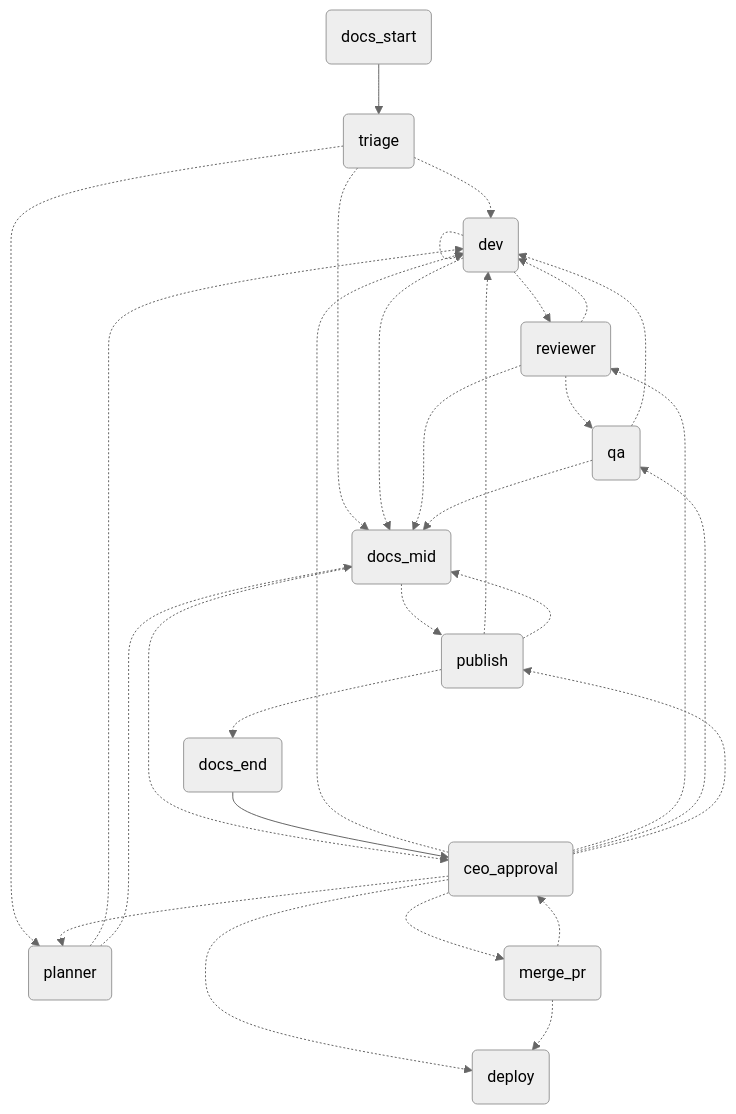
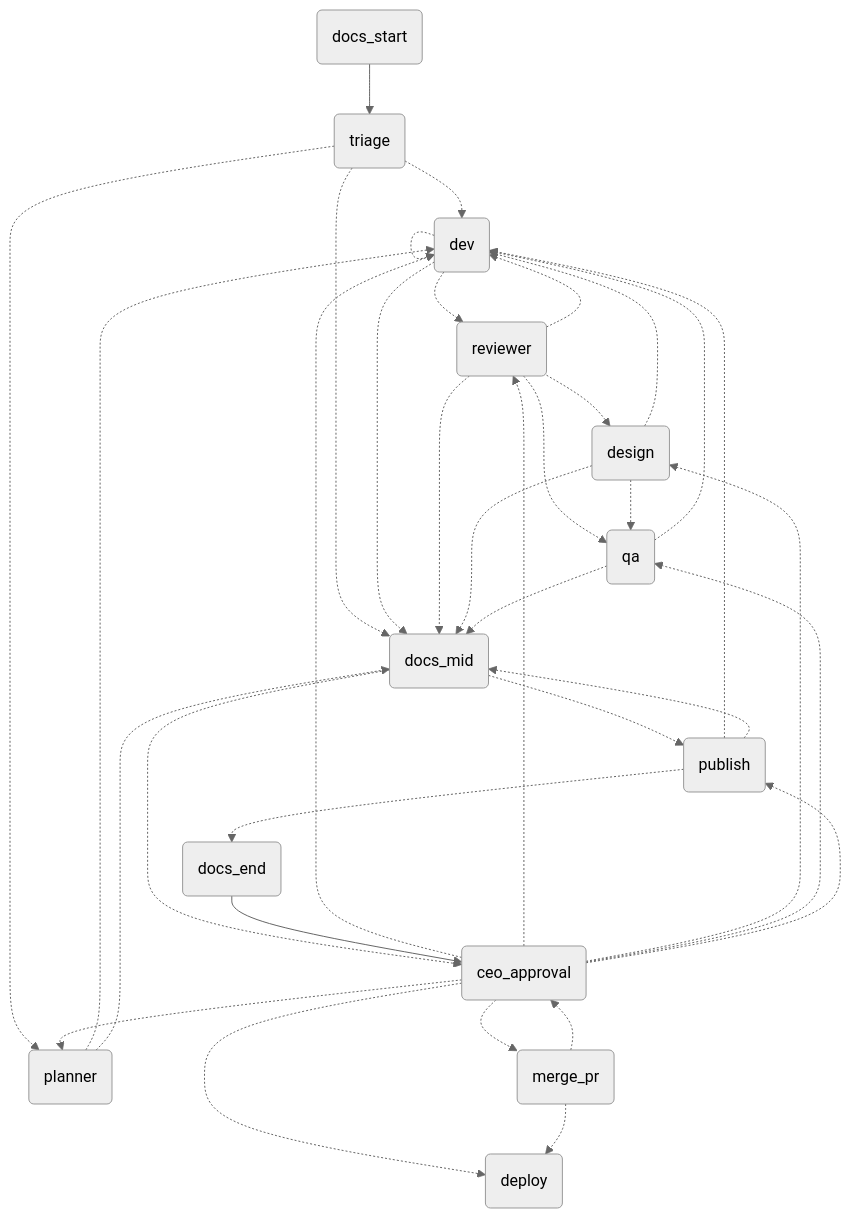
Before and after one commit to venturelli-91/agent-softhouse-orchestrator: the diagram in orchestrator/README.md, drawn with Mermaid (neutral theme).

Commit message:
docs(orchestrator): diagrama do README inclui o no design

````diff
--- a/orchestrator/README.md
+++ b/orchestrator/README.md
@@ -5,44 +5,50 @@
 ```mermaid
 graph TD;
   docs_start(docs_start)
   docs_mid(docs_mid)
   docs_end(docs_end)
   triage(triage)
   planner(planner)
   dev(dev)
   reviewer(reviewer)
+  design(design)
   qa(qa)
   publish(publish)
   ceo_approval(ceo_approval)
   merge_pr(merge_pr)
   deploy(deploy)
   docs_start --> triage;
   triage -.-> dev;
   triage -.-> planner;
   triage -.-> docs_mid;
   planner -.-> dev;
   planner -.-> docs_mid;
   dev -.-> reviewer;
   dev -.-> docs_mid;
+  reviewer -.-> design;
   reviewer -.-> qa;
   reviewer -.-> dev;
   reviewer -.-> docs_mid;
+  design -.-> qa;
+  design -.-> dev;
+  design -.-> docs_mid;
   qa -.-> docs_mid;
   qa -.-> dev;
   publish -.-> docs_end;
   publish -.-> dev;
   publish -.-> docs_mid;
   docs_mid -.-> publish;
   docs_mid -.-> ceo_approval;
   docs_end --> ceo_approval;
   ceo_approval -.-> dev;
   ceo_approval -.-> planner;
   ceo_approval -.-> reviewer;
+  ceo_approval -.-> design;
   ceo_approval -.-> qa;
   ceo_approval -.-> publish;
   ceo_approval -.-> deploy;
   ceo_approval -.-> merge_pr;
   merge_pr -.-> deploy;
   merge_pr -.-> ceo_approval;
   dev -.-> dev;
 ```
````
